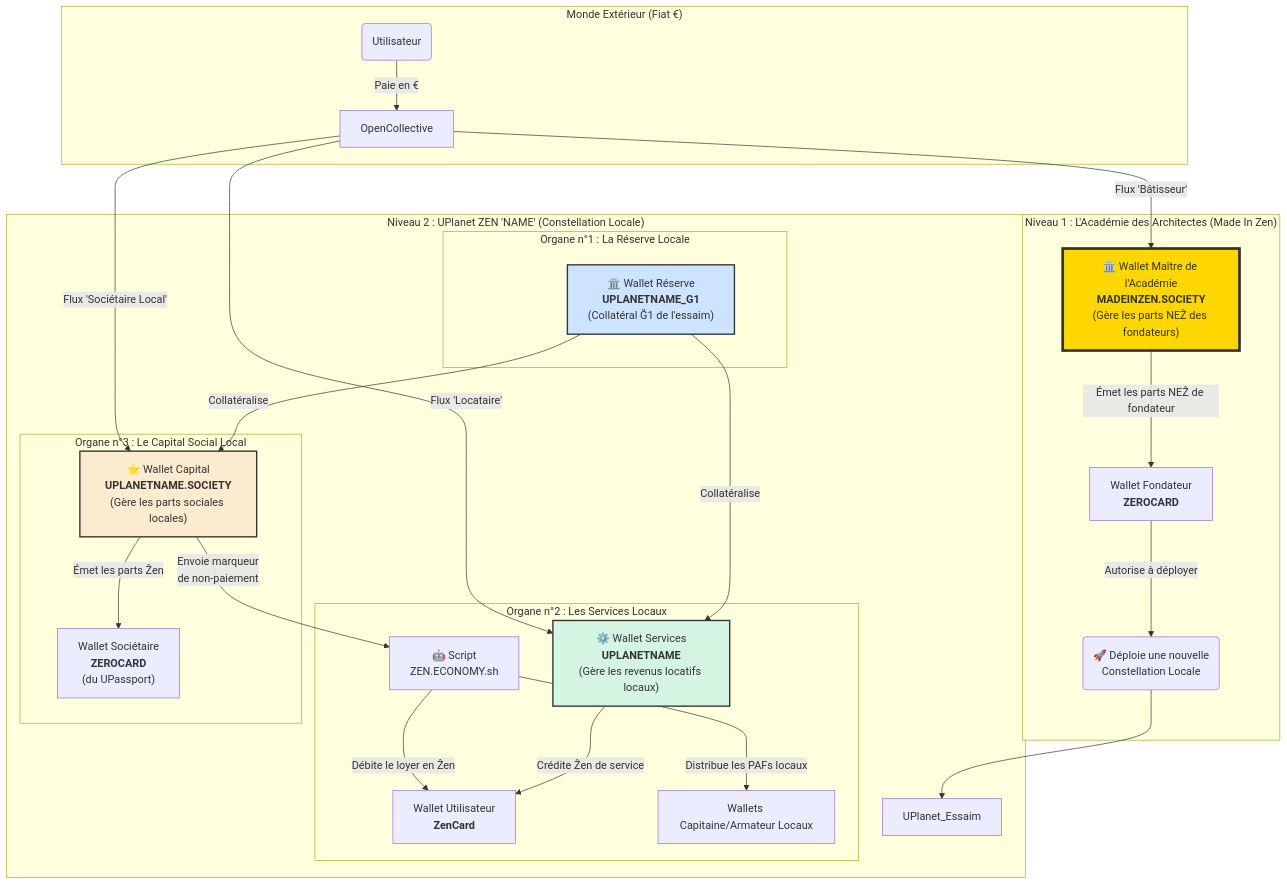
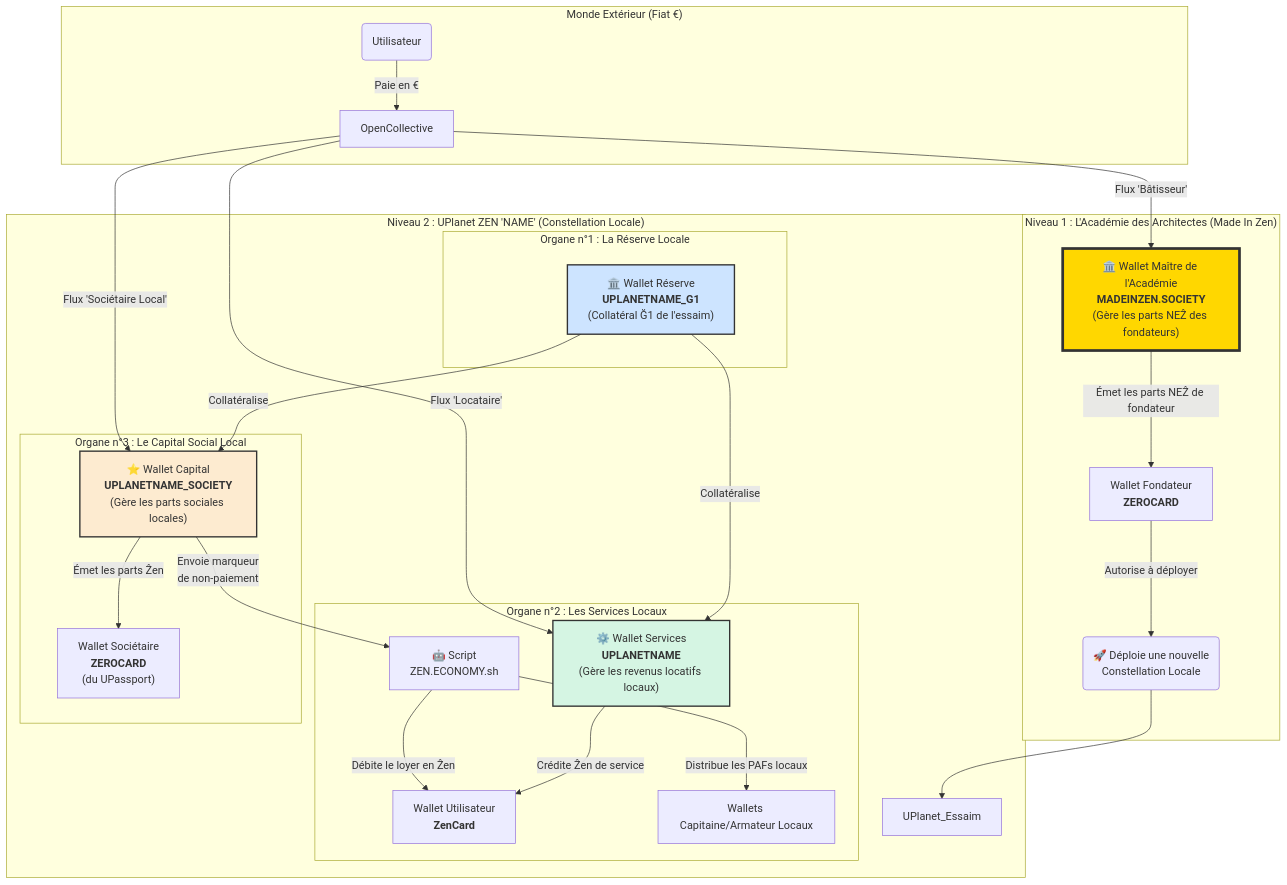
Before and after one commit to papiche/Astroport.ONE: the diagram in templates/mermaid_ZEN_Economy_tree_Mermaid.mmd, drawn with Mermaid. The commit also changed 27 other files, not shown here.

```diff
--- a/templates/mermaid_ZEN_Economy_tree_Mermaid.mmd
+++ b/templates/mermaid_ZEN_Economy_tree_Mermaid.mmd
@@ -1,41 +1,41 @@
 graph TD;
 
     subgraph "Monde Extérieur (Fiat €)";
         User(Utilisateur) -- "Paie en €" --> OC[OpenCollective];
     end
 
     subgraph "Niveau 1 : L'Académie des Architectes (Made In Zen)";
         style MIZ_SW fill:#ffd700,stroke:#333,stroke-width:4px
         OC -- "Flux 'Bâtisseur'" --> MIZ_SW["🏛️ Wallet Maître de l'Académie<br/><b>MADEINZEN.SOCIETY</b><br/>(Gère les parts NEẐ des fondateurs)"];
         MIZ_SW -- "Émet les parts NEẐ de fondateur" --> Founder_ZC["Wallet Fondateur<br/><b>ZEROCARD</b>"];
         Founder_ZC -- "Autorise à déployer" --> Deploiement("🚀 Déploie une nouvelle<br/>Constellation Locale");
     end
 
     Deploiement --> UPlanet_Essaim;
 
     subgraph "Niveau 2 : UPlanet ZEN 'NAME' (Constellation Locale)";
       UPlanet_Essaim
       subgraph "Organe n°1 : La Réserve Locale";
           style G1W fill:#cde4ff,stroke:#333,stroke-width:2px
           G1W["🏛️ Wallet Réserve<br/><b>UPLANETNAME_G1</b><br/>(Collatéral Ğ1 de l'essaim)"];
       end
 
       subgraph "Organe n°2 : Les Services Locaux";
           style UW fill:#d5f5e3,stroke:#333,stroke-width:2px
           UW["⚙️ Wallet Services<br/><b>UPLANETNAME</b><br/>(Gère les revenus locatifs locaux)"];
           G1W -- "Collatéralise" --> UW;
           OC -- "Flux 'Locataire'" --> UW;
           UW -- "Crédite Ẑen de service" --> ZenCard["Wallet Utilisateur<br/><b>ZenCard</b>"];
           Script["🤖 Script<br/>ZEN.ECONOMY.sh"] -- "Débite le loyer en Ẑen" --> ZenCard;
           Script -- "Distribue les PAFs locaux" --> InfraWallets["Wallets Capitaine/Armateur Locaux"];
       end
       
       subgraph "Organe n°3 : Le Capital Social Local";
           style SW fill:#fdebd0,stroke:#333,stroke-width:2px
-          SW["⭐ Wallet Capital<br/><b>UPLANETNAME.SOCIETY</b><br/>(Gère les parts sociales locales)"];
+          SW["⭐ Wallet Capital<br/><b>UPLANETNAME_SOCIETY</b><br/>(Gère les parts sociales locales)"];
           G1W -- "Collatéralise" --> SW;
           OC -- "Flux 'Sociétaire Local'" --> SW;
           SW -- "Émet les parts Ẑen" --> ZeroCard["Wallet Sociétaire<br/><b>ZEROCARD</b><br/>(du UPassport)"];
           SW -- "Envoie marqueur<br/>de non-paiement" --> Script;
       end
     end
```
